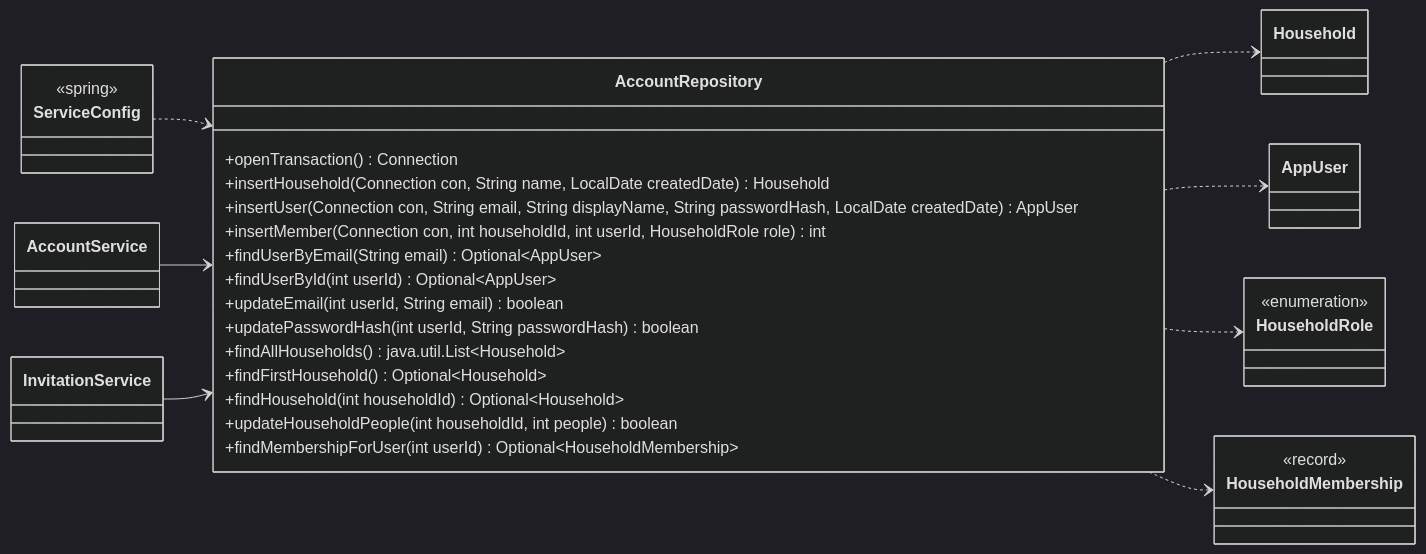
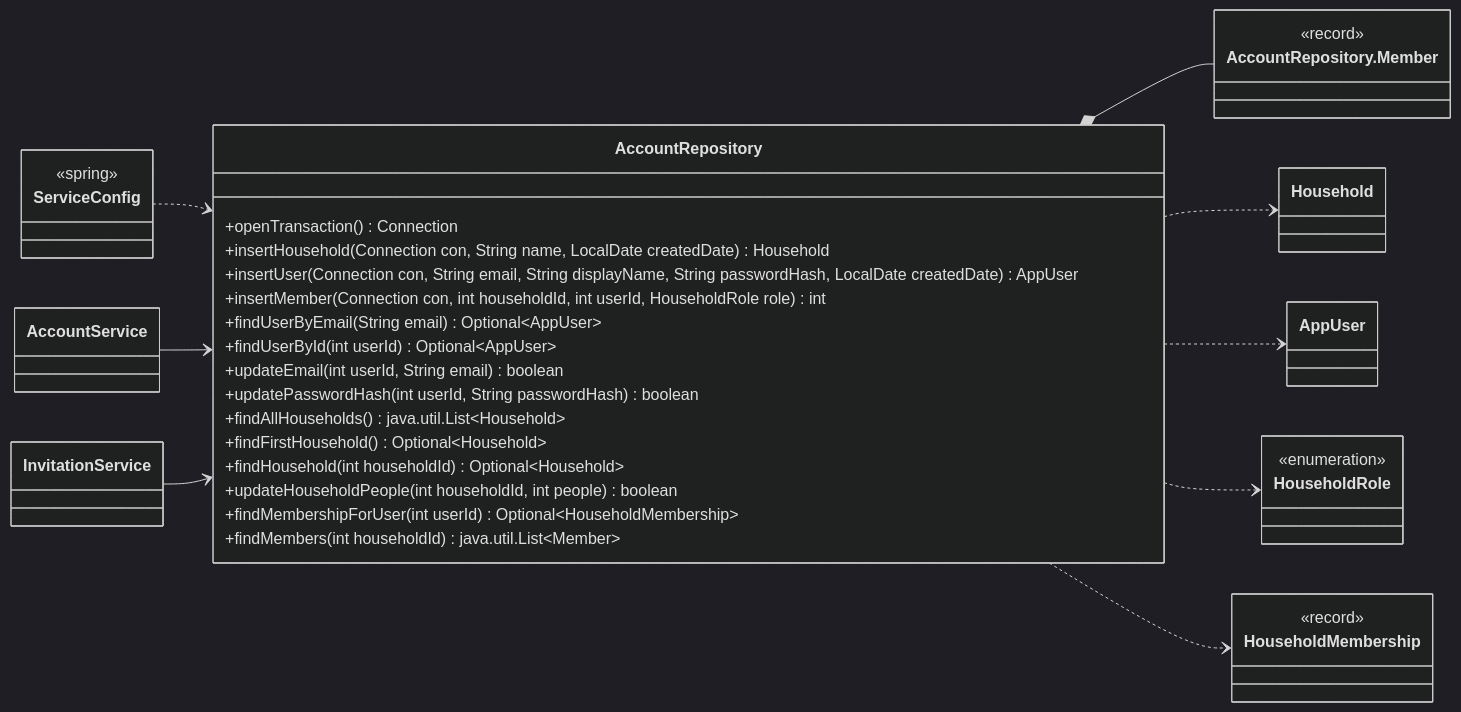
The second of 26 diagrams in docs/classes/auth.md (Nate-ryan-7690/dahaem), drawn with Mermaid (dark theme) before and after one commit. The commit also changed other lines of this file and 4 other files, not shown here.

````diff
--- a/docs/classes/auth.md
+++ b/docs/classes/auth.md
@@ -124,39 +132,44 @@
 ```mermaid
 classDiagram
     direction LR
     class auth_AccountRepository["AccountRepository"] {
         +openTransaction() Connection
         +insertHousehold(Connection con, String name, LocalDate createdDate) Household
         +insertUser(Connection con, String email, String displayName, String passwordHash, LocalDate createdDate) AppUser
         +insertMember(Connection con, int householdId, int userId, HouseholdRole role) int
         +findUserByEmail(String email) Optional~AppUser~
         +findUserById(int userId) Optional~AppUser~
         +updateEmail(int userId, String email) boolean
         +updatePasswordHash(int userId, String passwordHash) boolean
         +findAllHouseholds() java.util.List~Household~
         +findFirstHousehold() Optional~Household~
         +findHousehold(int householdId) Optional~Household~
         +updateHouseholdPeople(int householdId, int people) boolean
         +findMembershipForUser(int userId) Optional~HouseholdMembership~
+        +findMembers(int householdId) java.util.List~Member~
+    }
+    class auth_AccountRepository_Member["AccountRepository.Member"] {
+        <<record>>
     }
     class auth_AccountService["AccountService"]
     class auth_InvitationService["InvitationService"]
     class auth_Household["Household"]
     class auth_AppUser["AppUser"]
     class auth_HouseholdRole["HouseholdRole"] {
         <<enumeration>>
     }
     class auth_HouseholdMembership["HouseholdMembership"] {
         <<record>>
     }
     class api_ServiceConfig["ServiceConfig"] {
         <<spring>>
     }
+    auth_AccountRepository *-- auth_AccountRepository_Member
     auth_AccountRepository ..> auth_Household
     auth_AccountRepository ..> auth_AppUser
     auth_AccountRepository ..> auth_HouseholdRole
     auth_AccountRepository ..> auth_HouseholdMembership
     api_ServiceConfig ..> auth_AccountRepository
     auth_AccountService --> auth_AccountRepository
     auth_InvitationService --> auth_AccountRepository
 ```
````
